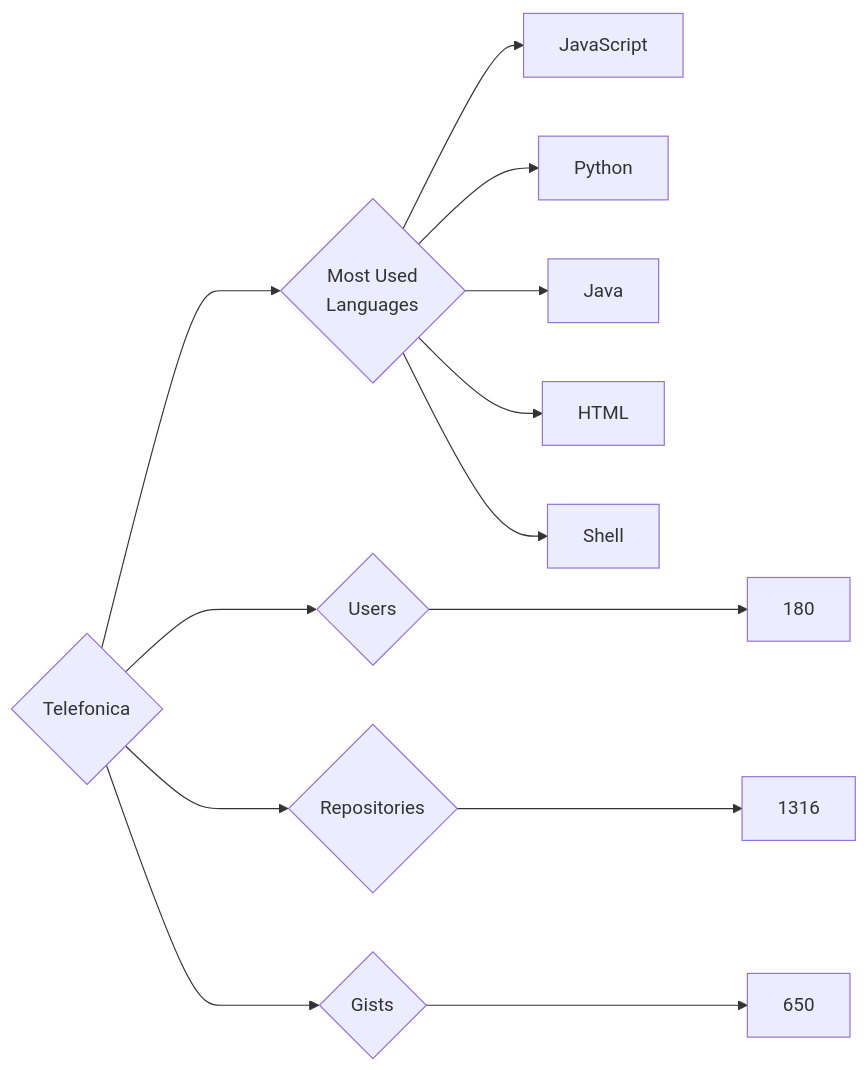
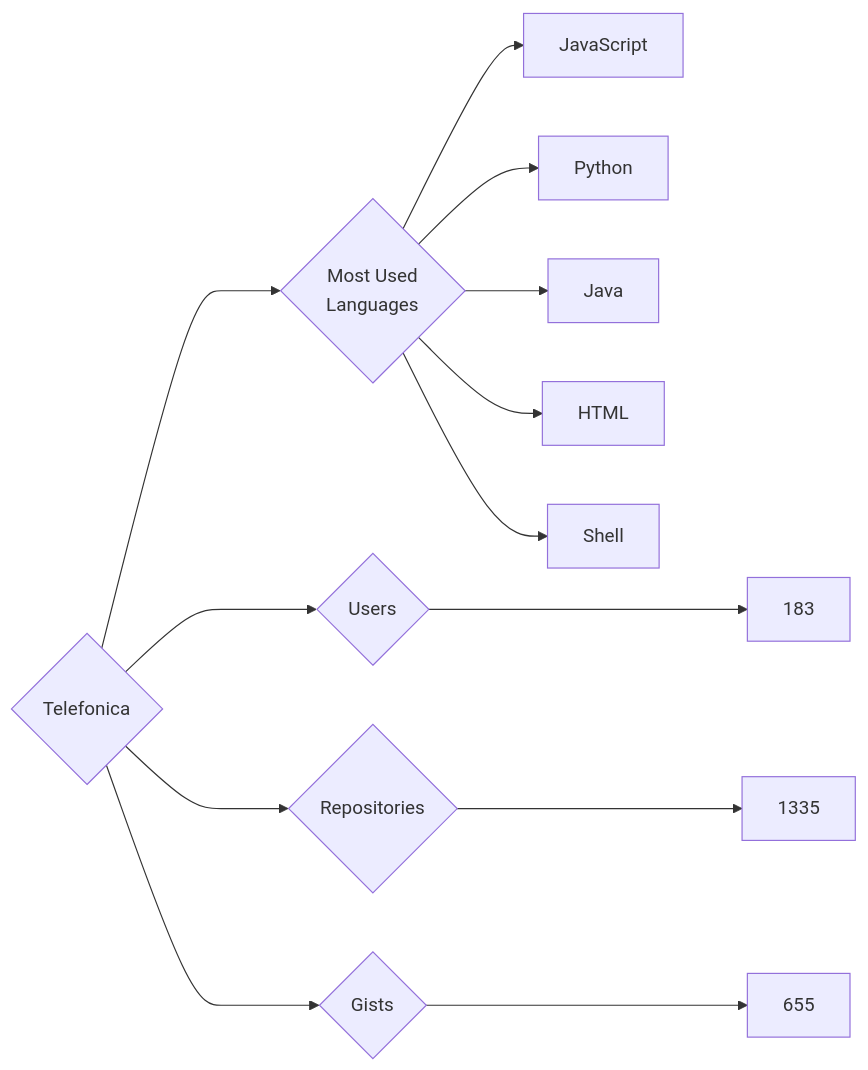
One commit to trickest/insiders changed the diagram in targets/Telefonica/README.md. Above: the diagram before and after it, drawn with Mermaid. The commit also changed 833 other files, not shown here.

````diff
--- a/targets/Telefonica/README.md
+++ b/targets/Telefonica/README.md
@@ -3,13 +3,13 @@
 ```mermaid
 graph LR
 COMPANY_NAME{Telefonica}
-COMPANY_NAME ---> U{Users} ---> UN[180]
-COMPANY_NAME ---> R{Repositories} ---> RN[1316]
-COMPANY_NAME ---> G{Gists} ---> GN[650]
+COMPANY_NAME ---> U{Users} ---> UN[183]
+COMPANY_NAME ---> R{Repositories} ---> RN[1335]
+COMPANY_NAME ---> G{Gists} ---> GN[655]
 COMPANY_NAME ---> ML{Most Used<br>Languages}
 ML --> JavaScript[JavaScript]
 ML --> Python[Python]
 ML --> Java[Java]
 ML --> HTML[HTML]
 ML --> Shell[Shell]
 ```
````
